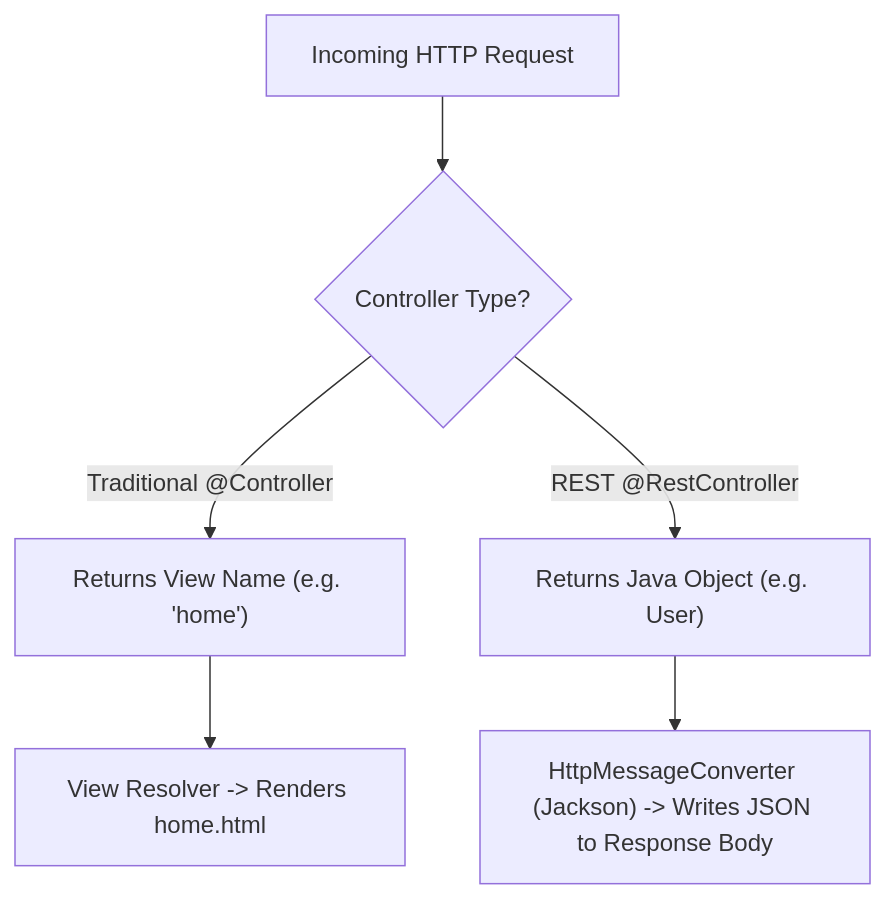
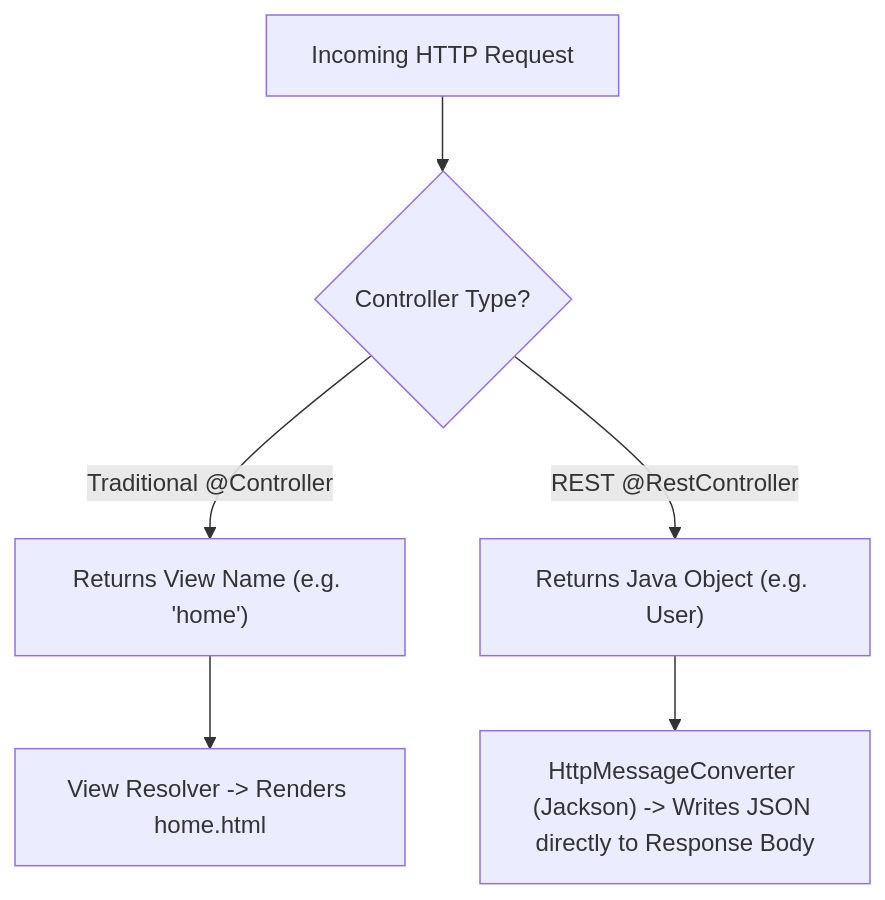
The second of 23 diagrams in 06-Java-and-Spring-Boot/Spring Boot Interview Guide.md (rohithgowda18/Notes), drawn with Mermaid before and after one commit. The commit also changed other lines of this file, not shown here.

````diff
--- a/06-Java-and-Spring-Boot/Spring Boot Interview Guide.md
+++ b/06-Java-and-Spring-Boot/Spring Boot Interview Guide.md
@@ -148,6 +116,6 @@
 ```mermaid
 flowchart TD
     Req["Incoming HTTP Request"] --> Router{"Controller Type?"}
     Router -->|"Traditional @Controller"| C1["Returns View Name (e.g. 'home')"] --> VR["View Resolver -> Renders home.html"]
-    Router -->|"REST @RestController"| C2["Returns Java Object (e.g. User)"] --> MC["HttpMessageConverter (Jackson) -> Writes JSON to Response Body"]
+    Router -->|"REST @RestController"| C2["Returns Java Object (e.g. User)"] --> MC["HttpMessageConverter (Jackson) -> Writes JSON directly to Response Body"]
 ```
````
